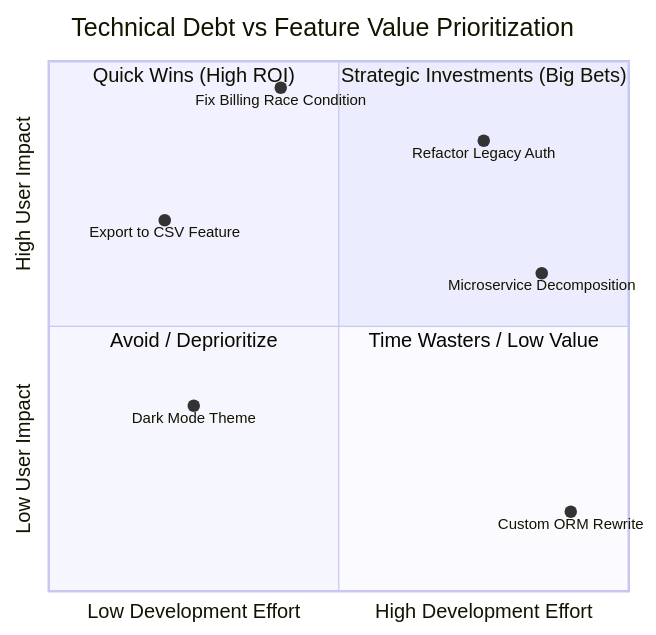
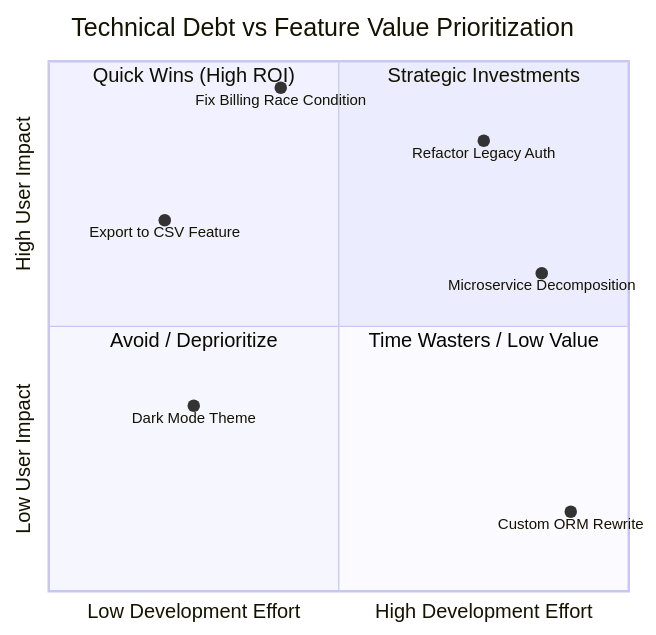
Before and after one commit to Mazchoo/Notezilla: diagram 35 of 46 in src/frontend/static/mermaid_help_manual.md, drawn with Mermaid. The commit also changed other lines of this file and 4 other files, not shown here.

````diff
--- a/src/frontend/static/mermaid_help_manual.md
+++ b/src/frontend/static/mermaid_help_manual.md
@@ -1012,17 +991,17 @@
 ```mermaid
 quadrantChart
     title Technical Debt vs Feature Value Prioritization
     x-axis "Low Development Effort" --> "High Development Effort"
     y-axis "Low User Impact" --> "High User Impact"
-    quadrant-1 "Strategic Investments (Big Bets)"
+    quadrant-1 "Strategic Investments"
     quadrant-2 "Quick Wins (High ROI)"
     quadrant-3 "Avoid / Deprioritize"
     quadrant-4 "Time Wasters / Low Value"
     
     "Refactor Legacy Auth": [0.75, 0.85]
     "Export to CSV Feature": [0.20, 0.70]
     "Dark Mode Theme": [0.25, 0.35]
     "Custom ORM Rewrite": [0.90, 0.15]
     "Fix Billing Race Condition": [0.40, 0.95]
     "Microservice Decomposition": [0.85, 0.60]
 ```
````
